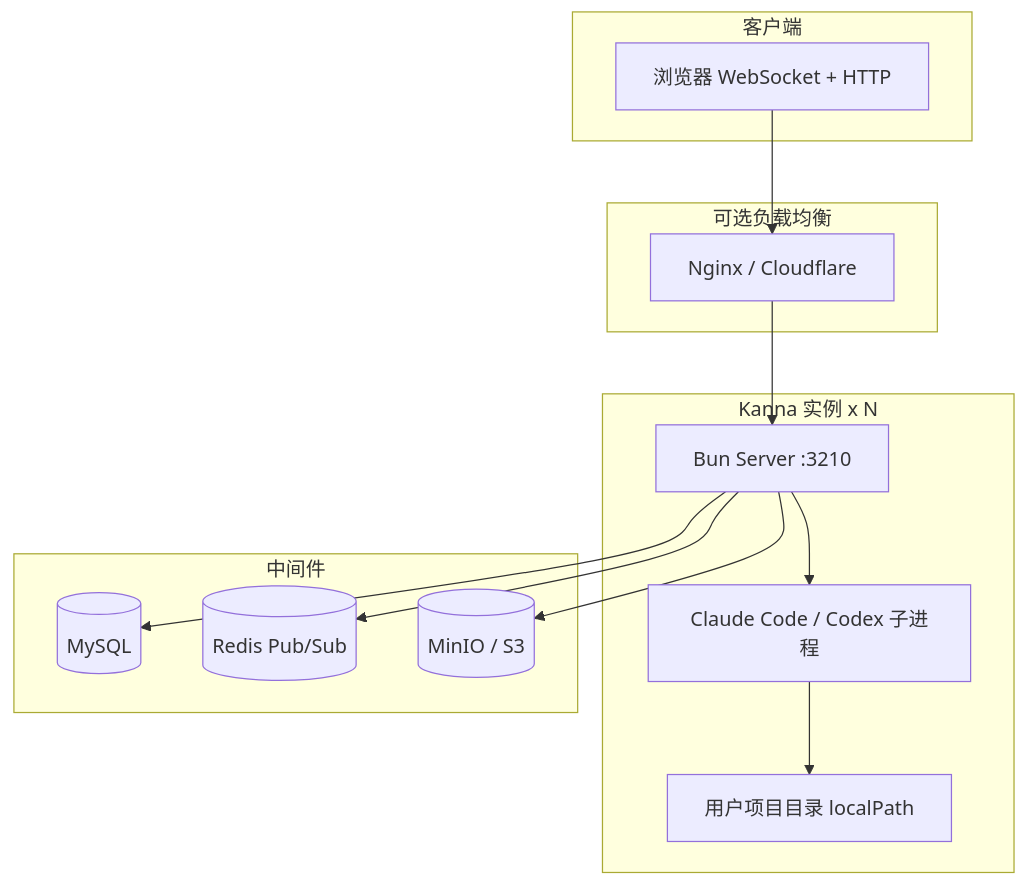
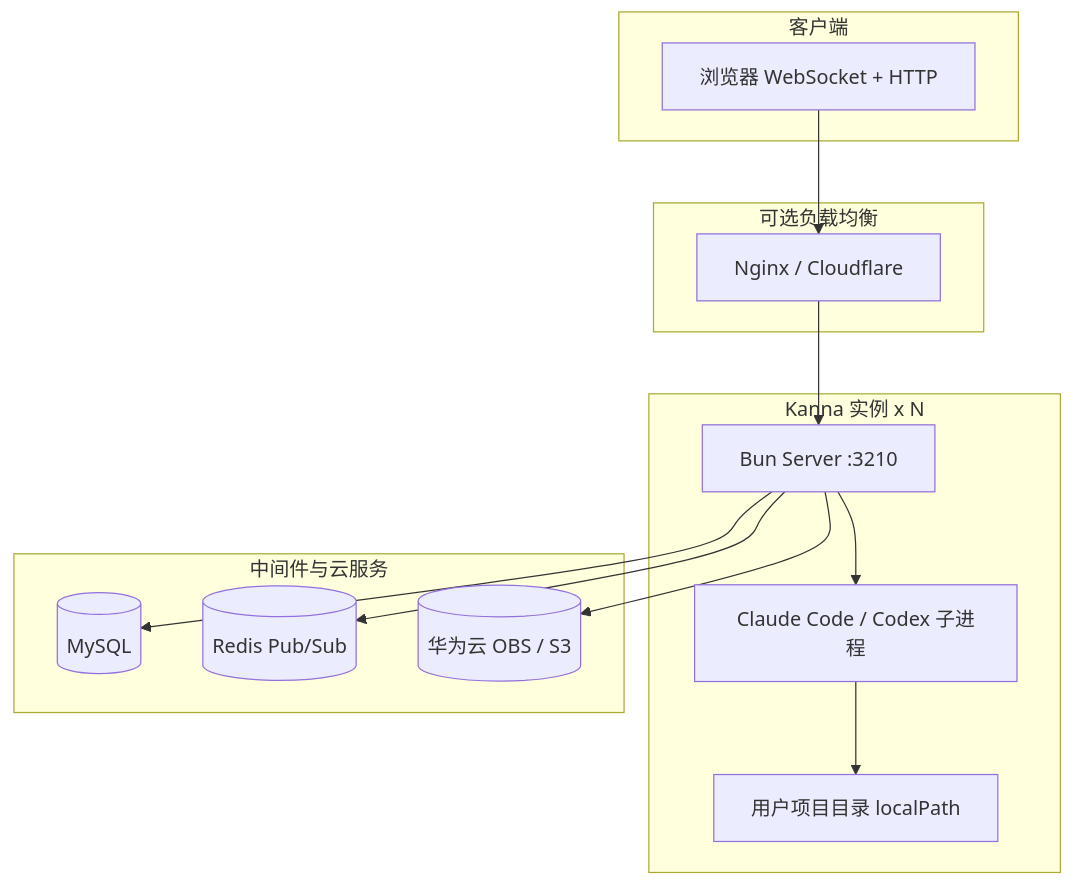
The diagram in docs/production-deployment.md (nevermindlp/kanna), drawn with Mermaid before and after one commit. The commit also changed other lines of this file and 8 other files, not shown here.

First line of the commit message:
Switch object storage from MinIO to Huawei Cloud OBS.

````diff
--- a/docs/production-deployment.md
+++ b/docs/production-deployment.md
@@ -259,29 +265,29 @@
 ```mermaid
 flowchart TB
   subgraph clients [客户端]
     Browser[浏览器 WebSocket + HTTP]
   end
 
   subgraph lb [可选负载均衡]
     Nginx[Nginx / Cloudflare]
   end
 
   subgraph kanna [Kanna 实例 x N]
     App[Bun Server :3210]
     Claude[Claude Code / Codex 子进程]
     Projects[用户项目目录 localPath]
     App --> Claude
     Claude --> Projects
   end
 
-  subgraph middleware [中间件]
+  subgraph middleware [中间件与云服务]
     MySQL[(MySQL)]
     Redis[(Redis Pub/Sub)]
-    MinIO[(MinIO / S3)]
+    OBS[(华为云 OBS / S3)]
   end
 
   Browser --> Nginx --> App
   App --> MySQL
   App --> Redis
-  App --> MinIO
+  App --> OBS
 ```
````
